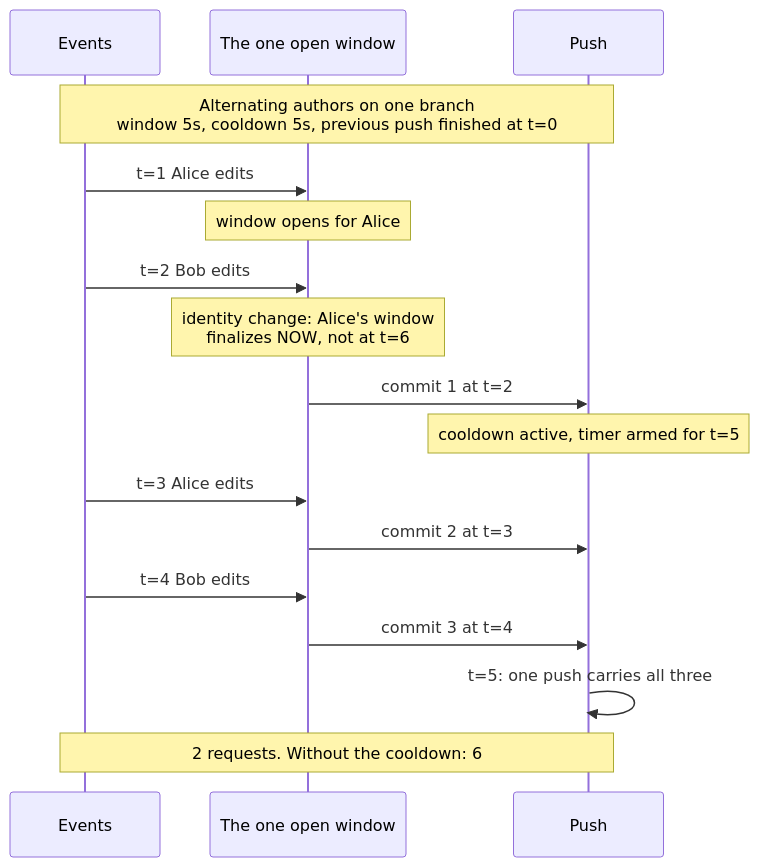
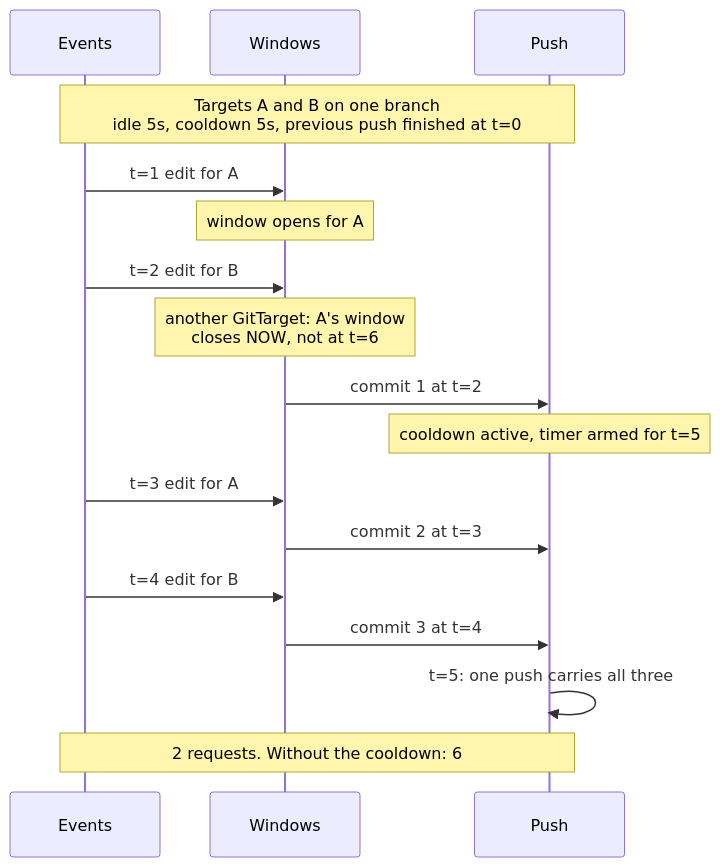
The second of 4 diagrams in docs/design/push-cooldown.md (ConfigButler/gitops-reverser), drawn with Mermaid before and after one commit. The commit also changed other lines of this file and 34 other files, not shown here.

````diff
--- a/docs/design/push-cooldown.md
+++ b/docs/design/push-cooldown.md
@@ -108,21 +114,21 @@
 ```mermaid
 sequenceDiagram
     participant E as Events
-    participant W as The one open window
+    participant W as Windows
     participant P as Push
 
-    Note over E,P: Alternating authors on one branch<br/>window 5s, cooldown 5s, previous push finished at t=0
+    Note over E,P: Targets A and B on one branch<br/>idle 5s, cooldown 5s, previous push finished at t=0
 
-    E->>W: t=1 Alice edits
-    Note over W: window opens for Alice
-    E->>W: t=2 Bob edits
-    Note over W: identity change: Alice's window<br/>finalizes NOW, not at t=6
+    E->>W: t=1 edit for A
+    Note over W: window opens for A
+    E->>W: t=2 edit for B
+    Note over W: another GitTarget: A's window<br/>closes NOW, not at t=6
     W->>P: commit 1 at t=2
     Note over P: cooldown active, timer armed for t=5
-    E->>W: t=3 Alice edits
+    E->>W: t=3 edit for A
     W->>P: commit 2 at t=3
-    E->>W: t=4 Bob edits
+    E->>W: t=4 edit for B
     W->>P: commit 3 at t=4
     P->>P: t=5: one push carries all three
     Note over E,P: 2 requests. Without the cooldown: 6
 ```
````
